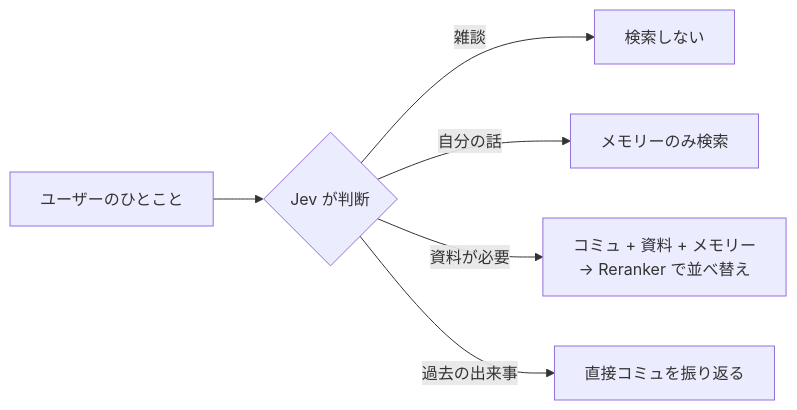
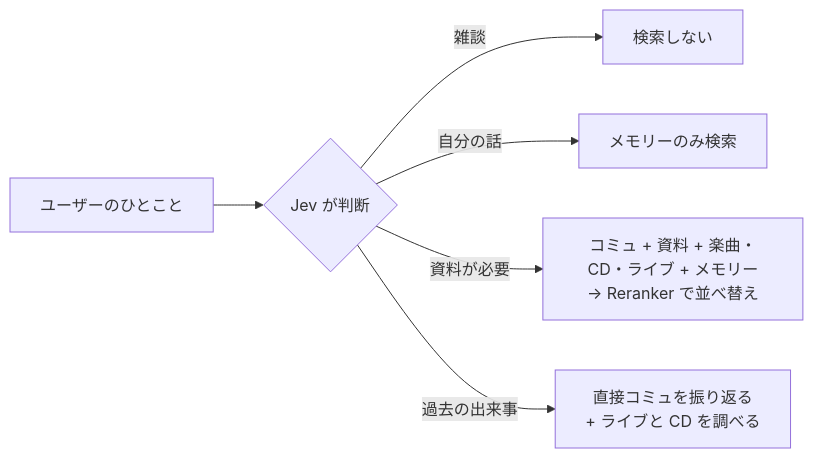
The second of 2 diagrams in README.ja.md (3aKHP/idolum), drawn with Mermaid before and after one commit. The commit also changed other lines of this file and 13 other files, not shown here.

````diff
--- a/README.ja.md
+++ b/README.ja.md
@@ -324,8 +324,8 @@
 ```mermaid
 flowchart LR
     Q["ユーザーのひとこと"] --> Jev{"Jev が判断"}
     Jev -- 雑談 --> None["検索しない"]
     Jev -- 自分の話 --> Mem["メモリーのみ検索"]
-    Jev -- 資料が必要 --> Ref["コミュ + 資料 + メモリー<br/>→ Reranker で並べ替え"]
-    Jev -- 過去の出来事 --> Recall["直接コミュを振り返る"]
+    Jev -- 資料が必要 --> Ref["コミュ + 資料 + 楽曲・CD・ライブ + メモリー<br/>→ Reranker で並べ替え"]
+    Jev -- 過去の出来事 --> Recall["直接コミュを振り返る<br/>+ ライブと CD を調べる"]
 ```
````
